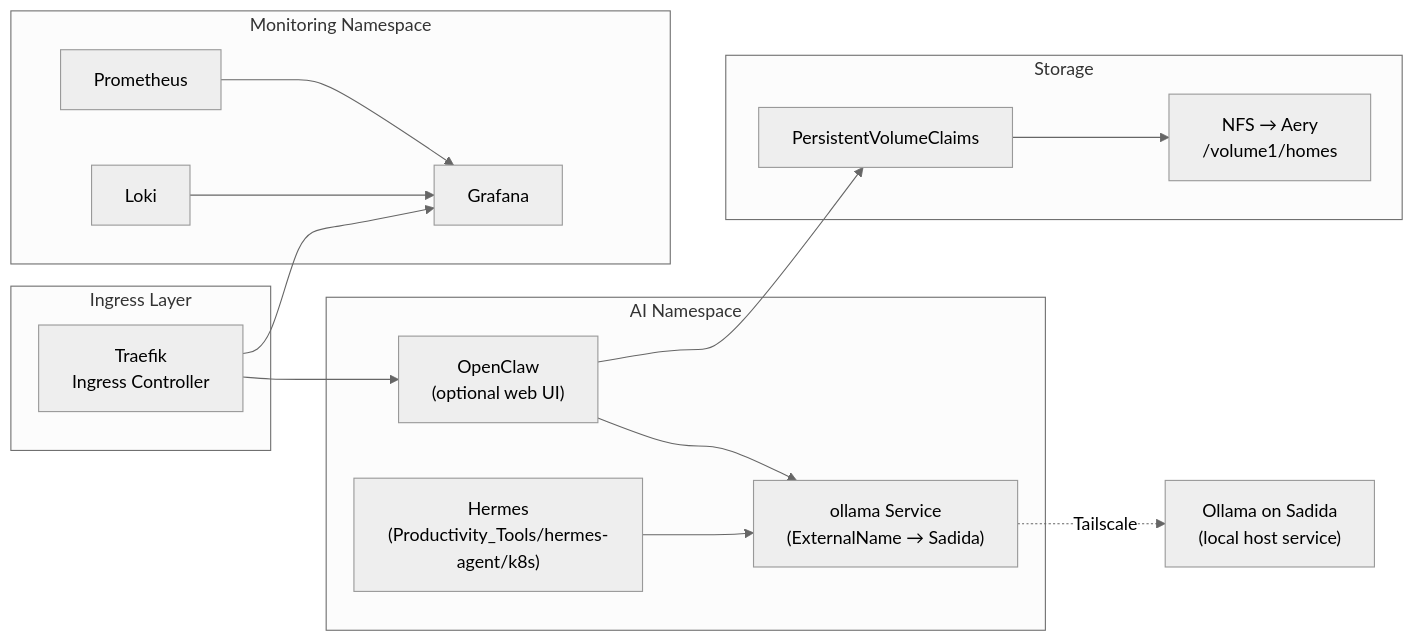
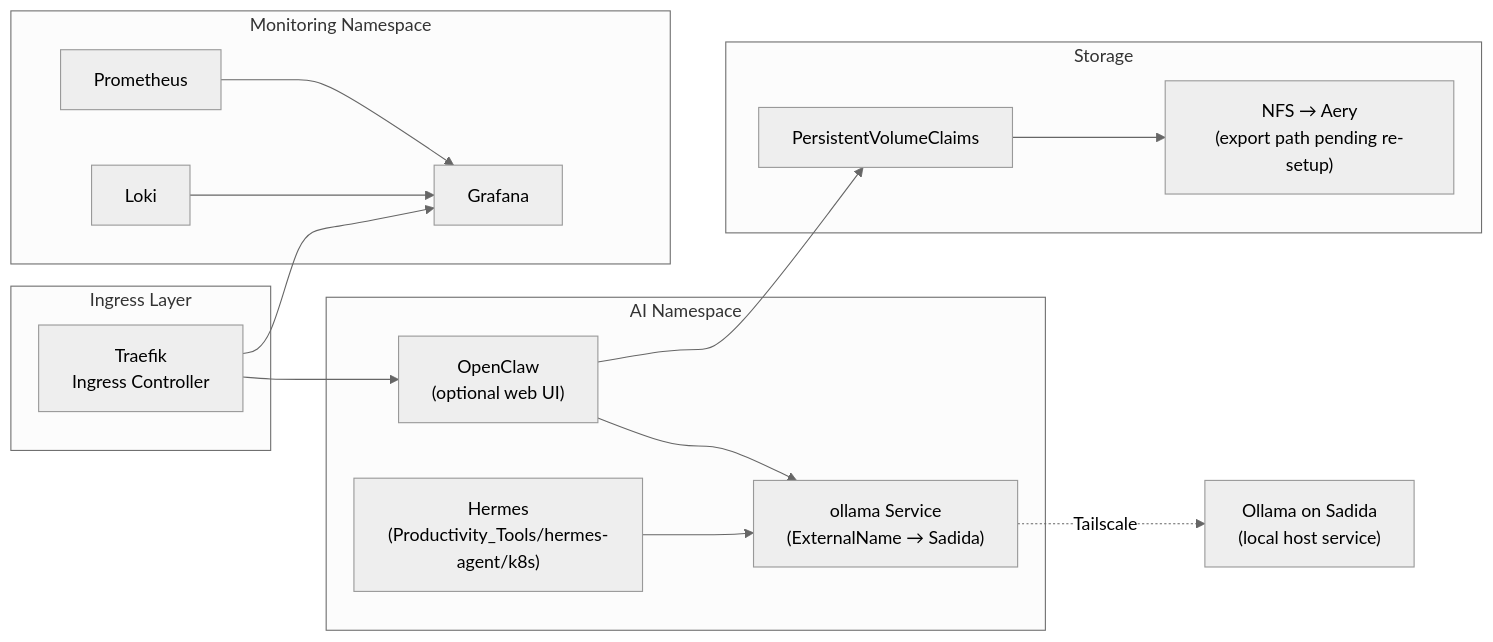
Before and after one commit to SethSterling22/HomeLab_Architecture: the third of 4 diagrams in README.md, drawn with Mermaid (neutral theme). The commit also changed other lines of this file and 3 other files, not shown here.

````diff
--- a/README.md
+++ b/README.md
@@ -209,33 +204,33 @@
 ```mermaid
 graph LR
     subgraph ingress["Ingress Layer"]
         TRAEFIK["Traefik\nIngress Controller"]
     end
 
     subgraph ai["AI Namespace"]
         OC["OpenClaw\n(optional web UI)"]
         HM["Hermes\n(Productivity_Tools/hermes-agent/k8s)"]
         OL["ollama Service\n(ExternalName → Sadida)"]
     end
 
     subgraph storage["Storage"]
         PVC["PersistentVolumeClaims"]
-        NFS["NFS → Aery\n/volume1/homes"]
+        NFS["NFS → Aery\n(export path pending re-setup)"]
     end
 
     subgraph monitoring["Monitoring Namespace"]
         PROM["Prometheus"]
         GRAF["Grafana"]
         LOKI["Loki"]
     end
 
     TRAEFIK --> OC
     TRAEFIK --> GRAF
     OC --> OL
     HM --> OL
     OL -.->|Tailscale| SADIDA["Ollama on Sadida\n(local host service)"]
     OC --> PVC
     PVC --> NFS
     PROM --> GRAF
     LOKI --> GRAF
 ```
````
